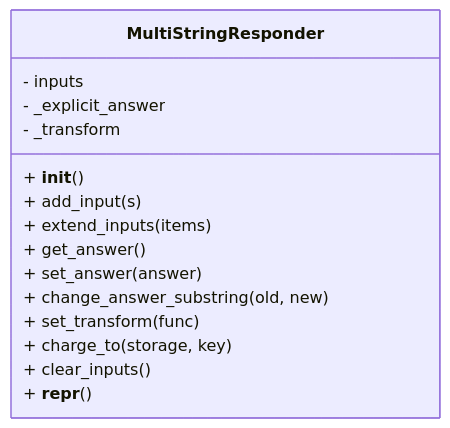
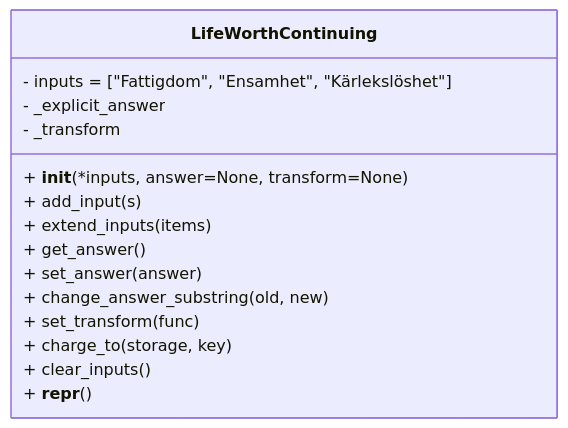
One commit to steble70/scriptlab changed the diagram in GH_Codespaces_demofile.mmd. Above: the diagram before and after it, drawn with Mermaid.

```diff
--- a/GH_Codespaces_demofile.mmd
+++ b/GH_Codespaces_demofile.mmd
@@ -1,16 +1,16 @@
 classDiagram
-class MultiStringResponder {
-  - inputs
+class LifeWorthContinuing {
+  - inputs = ["Fattigdom", "Ensamhet", "Kärlekslöshet"]
   - _explicit_answer
   - _transform
-  + __init__()
+  + __init__(*inputs, answer=None, transform=None)
   + add_input(s)
   + extend_inputs(items)
   + get_answer()
   + set_answer(answer)
   + change_answer_substring(old, new)
   + set_transform(func)
   + charge_to(storage, key)
   + clear_inputs()
   + __repr__()
 }
```
